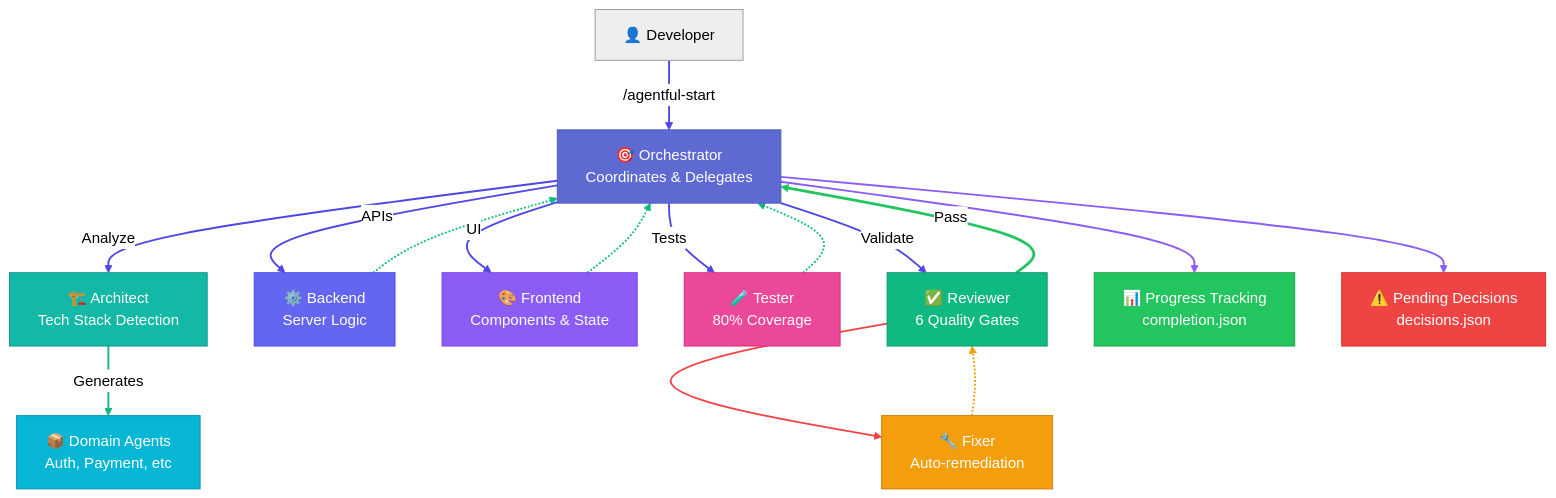
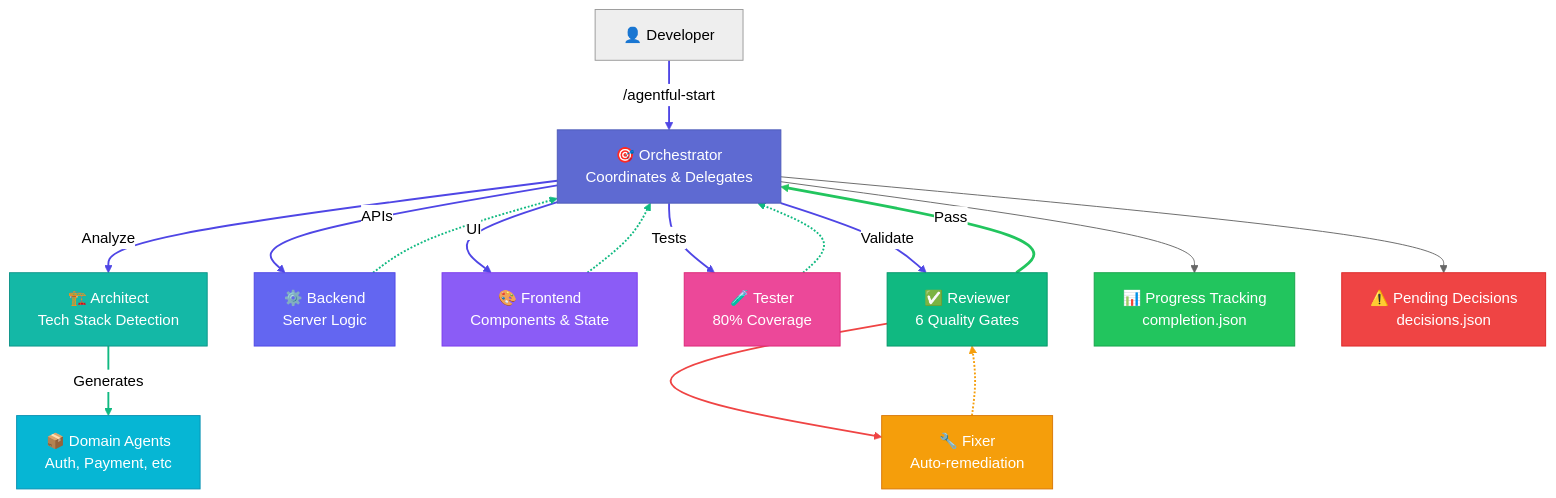
One commit to itz4blitz/agentful changed the first of 3 diagrams in docs/pages/getting-started/overview.mdx. Above: the diagram before and after it, drawn with Mermaid (neutral theme). The commit also changed other lines of this file and 6 other files, not shown here.

First line of the commit message:
refactor: remove DiagramModal component and replace with SystemVisualization

````diff
--- a/docs/pages/getting-started/overview.mdx
+++ b/docs/pages/getting-started/overview.mdx
@@ -107,41 +107,40 @@
 ```mermaid
 graph TD
     User["👤 Developer"] -->|/agentful-start| Orchestrator["🎯 Orchestrator<br/>Coordinates & Delegates"]
 
     Orchestrator -->|Analyze| Architect["🏗️ Architect<br/>Tech Stack Detection"]
     Orchestrator -->|APIs| Backend["⚙️ Backend<br/>Server Logic"]
     Orchestrator -->|UI| Frontend["🎨 Frontend<br/>Components & State"]
     Orchestrator -->|Tests| Tester["🧪 Tester<br/>80% Coverage"]
     Orchestrator -->|Validate| Reviewer["✅ Reviewer<br/>6 Quality Gates"]
 
     Architect -->|Generates| Domain["📦 Domain Agents<br/>Auth, Payment, etc"]
 
     Backend -.-> Orchestrator
     Frontend -.-> Orchestrator
     Tester -.-> Orchestrator
 
     Reviewer -->|Pass| Orchestrator
     Reviewer --> Fixer["🔧 Fixer<br/>Auto-remediation"]
     Fixer -.-> Reviewer
 
     Orchestrator --> Progress["📊 Progress Tracking<br/>completion.json"]
     Orchestrator --> Decisions["⚠️ Pending Decisions<br/>decisions.json"]
 
     style Orchestrator fill:#5e6ad2,stroke:#4c5ab8,color:#fff
     style Backend fill:#6366f1,stroke:#4f46e5,color:#fff
     style Frontend fill:#8b5cf6,stroke:#7c3aed,color:#fff
     style Tester fill:#ec4899,stroke:#db2777,color:#fff
     style Reviewer fill:#10b981,stroke:#059669,color:#fff
     style Fixer fill:#f59e0b,stroke:#d97706,color:#fff
     style Architect fill:#14b8a6,stroke:#0d9488,color:#fff
     style Domain fill:#06b6d4,stroke:#0891b2,color:#fff
     style Progress fill:#22c55e,stroke:#16a34a,color:#fff
     style Decisions fill:#ef4444,stroke:#dc2626,color:#fff
 
     linkStyle 0,1,2,3,4,5 stroke:#4f46e5,stroke-width:2px
     linkStyle 6,7,8,9 stroke:#10b981,stroke-width:2px
     linkStyle 10 stroke:#22c55e,stroke-width:3px
     linkStyle 11 stroke:#ef4444,stroke-width:2px
     linkStyle 12 stroke:#f59e0b,stroke-width:2px
-    linkStyle 13,14 stroke:#8b5cf6,stroke-width:2px
 ```
````
